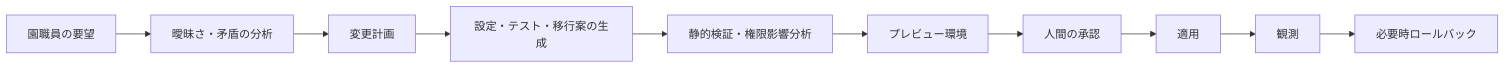
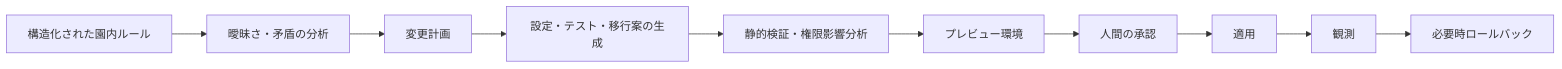
One commit to hoikuict/open-hoikuict-kernel-lab changed the third of 3 diagrams in docs/kernel-extension-architecture-spec.md. Above: the diagram before and after it, drawn with Mermaid. The commit also changed other lines of this file, not shown here.

````diff
--- a/docs/kernel-extension-architecture-spec.md
+++ b/docs/kernel-extension-architecture-spec.md
@@ -706,12 +862,12 @@
 ```mermaid
 flowchart LR
-    R["園職員の要望"] --> A["曖昧さ・矛盾の分析"]
+    R["構造化された園内ルール"] --> A["曖昧さ・矛盾の分析"]
     A --> P["変更計画"]
     P --> G["設定・テスト・移行案の生成"]
     G --> V["静的検証・権限影響分析"]
     V --> E["プレビュー環境"]
     E --> H["人間の承認"]
     H --> D["適用"]
     D --> O["観測"]
     O --> RB["必要時ロールバック"]
 ```
````
